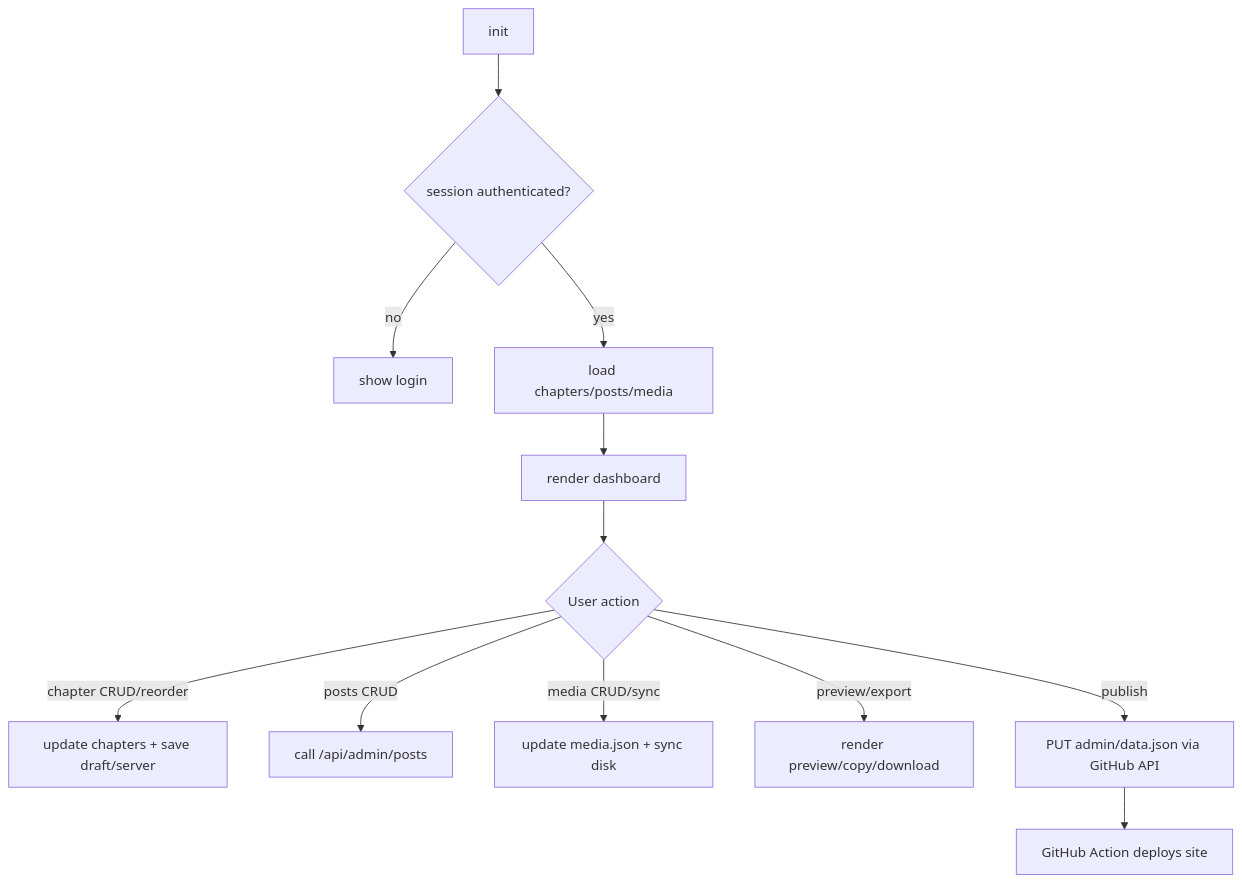
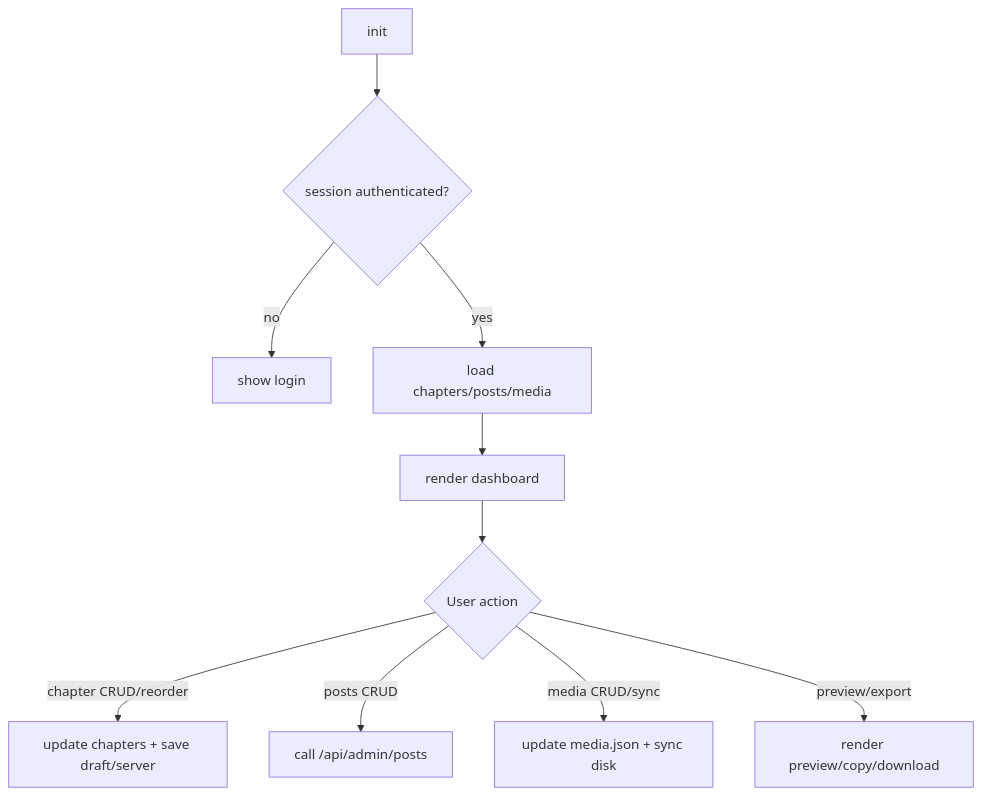
Before and after one commit to bwondercomics/BWondercomics: the first of 2 diagrams in docs/admin-overview.md, drawn with Mermaid. The commit also changed other lines of this file and 32 other files, not shown here.

First line of the commit message:
refactor: remove GitHub publishing functionality from admin panel

````diff
--- a/docs/admin-overview.md
+++ b/docs/admin-overview.md
@@ -38,14 +38,12 @@
 ```mermaid
 flowchart TD
   A[init] --> B{session authenticated?}
   B -- no --> C[show login]
   B -- yes --> D[load chapters/posts/media]
   D --> E[render dashboard]
   E --> F{User action}
   F -->|chapter CRUD/reorder| G[update chapters + save draft/server]
   F -->|posts CRUD| H[call /api/admin/posts]
   F -->|media CRUD/sync| I[update media.json + sync disk]
   F -->|preview/export| J[render preview/copy/download]
-  F -->|publish| K[PUT admin/data.json via GitHub API]
-  K --> L[GitHub Action deploys site]
 ```
````
